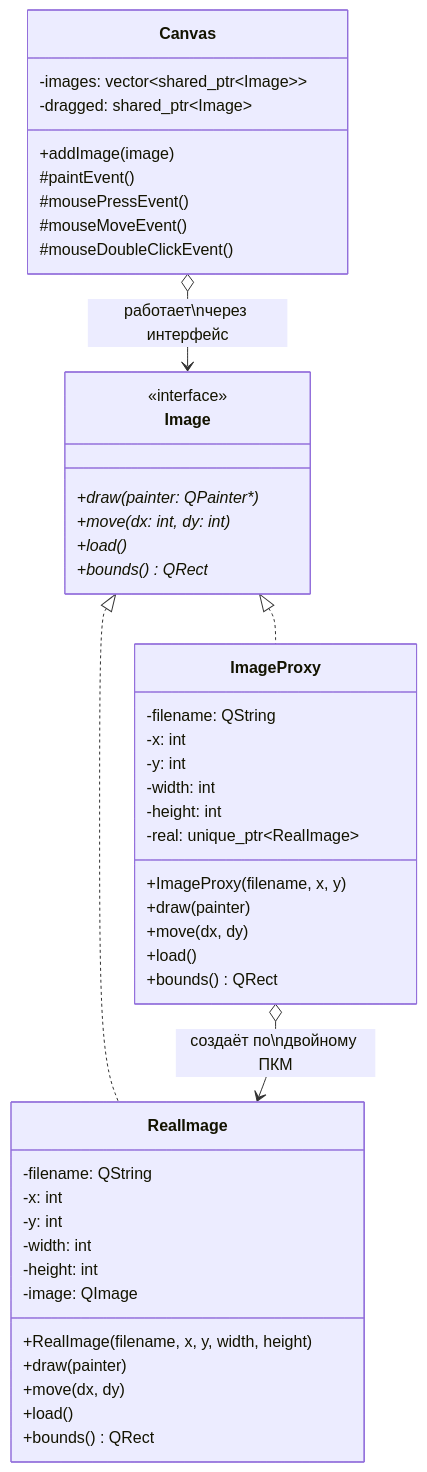
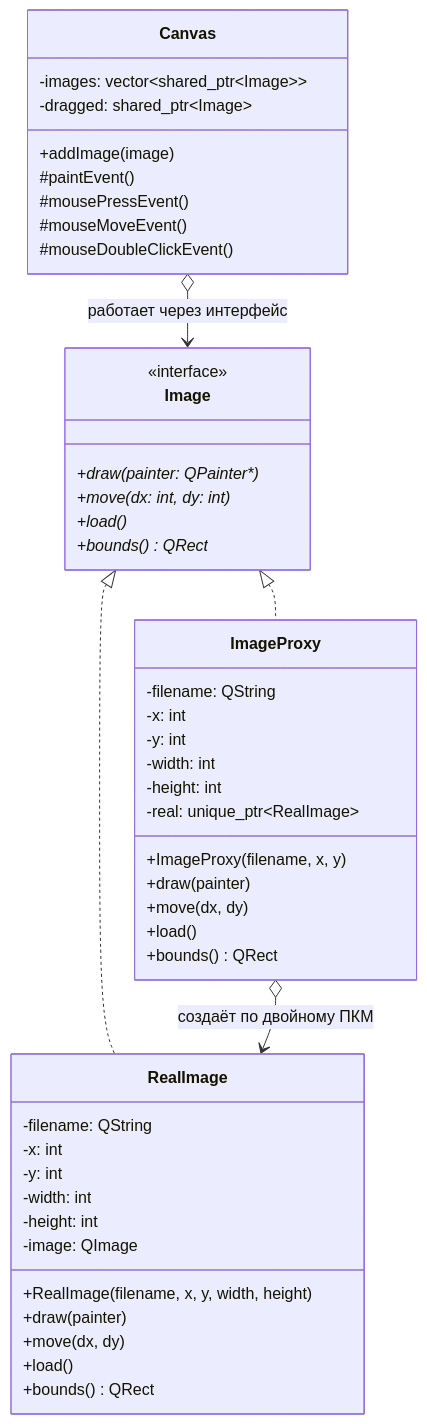
Before and after one commit to ivan-aleschin/uni: the first of 2 diagrams in software-architecture/lab-4/README.md, drawn with Mermaid. The commit also changed other lines of this file and 3 other files, not shown here.

Commit message:
feat: tables for uml diagrams

````diff
--- a/software-architecture/lab-4/README.md
+++ b/software-architecture/lab-4/README.md
@@ -52,53 +55,53 @@
 ```mermaid
 classDiagram
     class Image {
         <<interface>>
         +draw(painter: QPainter*)*
         +move(dx: int, dy: int)*
         +load()*
         +bounds() QRect*
     }
 
     class RealImage {
         -filename: QString
         -x: int
         -y: int
         -width: int
         -height: int
         -image: QImage
         +RealImage(filename, x, y, width, height)
         +draw(painter)
         +move(dx, dy)
         +load()
         +bounds() QRect
     }
 
     class ImageProxy {
         -filename: QString
         -x: int
         -y: int
         -width: int
         -height: int
         -real: unique_ptr~RealImage~
         +ImageProxy(filename, x, y)
         +draw(painter)
         +move(dx, dy)
         +load()
         +bounds() QRect
     }
 
     class Canvas {
         -images: vector~shared_ptr~Image~~
         -dragged: shared_ptr~Image~
         +addImage(image)
         #paintEvent()
         #mousePressEvent()
         #mouseMoveEvent()
         #mouseDoubleClickEvent()
     }
 
     Image <|.. RealImage
     Image <|.. ImageProxy
-    ImageProxy o--> RealImage : создаёт по\nдвойному ПКМ
-    Canvas o--> Image : работает\nчерез интерфейс
+    ImageProxy o--> RealImage : создаёт по двойному ПКМ
+    Canvas o--> Image : работает через интерфейс
 ```
````
